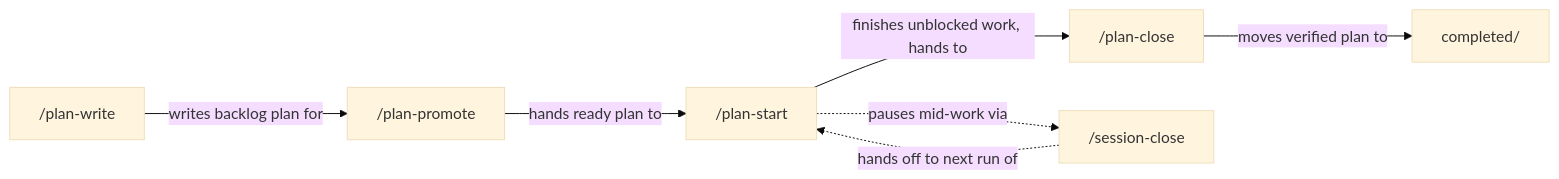
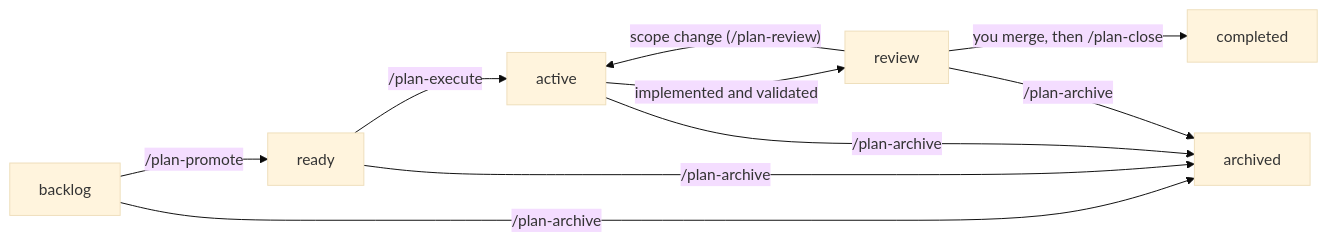
One commit to kirinmurphy/roborepo-alpha changed the diagram in docs/user/guides/plan/lifecycle/plan-suite.md. Above: the diagram before and after it, drawn with Mermaid (base theme). The commit also changed other lines of this file and 135 other files, not shown here.

First line of the commit message:
Claude/plan lifecycle review and ship workflow (#37)

````diff
--- a/docs/user/guides/plan/lifecycle/plan-suite.md
+++ b/docs/user/guides/plan/lifecycle/plan-suite.md
@@ -34,9 +39,9 @@
 ```mermaid
 flowchart LR
-    W["/plan-write"] -->|writes backlog plan for| P["/plan-promote"]
-    P -->|hands ready plan to| S["/plan-start"]
-    S -->|finishes unblocked work, hands to| C["/plan-close"]
-    S -.->|pauses mid-work via| X["/session-close"]
-    X -.->|hands off to next run of| S
-    C -->|moves verified plan to| D["completed/"]
+  B["backlog"] -->|"/plan-promote"| R["ready"]
+  R -->|"/plan-execute"| A["active"]
+  A -->|"implemented and validated"| V["review"]
+  V -->|"scope change (/plan-review)"| A
+  V -->|"you merge, then /plan-close"| C["completed"]
+  B & R & A & V -->|"/plan-archive"| X["archived"]
 ```
````
